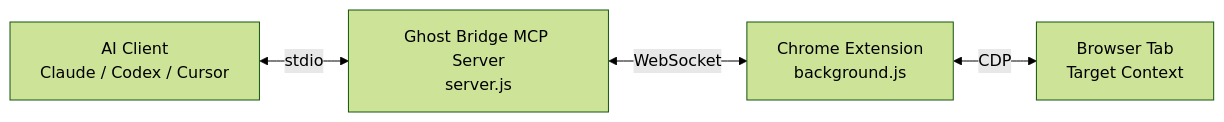
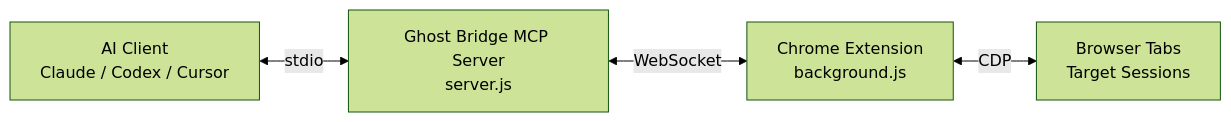
Before and after one commit to learnStop163/ghost-bridge: the diagram in README.md, drawn with Mermaid (forest theme). The commit also changed other lines of this file and 10 other files, not shown here.

````diff
--- a/README.md
+++ b/README.md
@@ -127,11 +147,11 @@
 ```mermaid
 flowchart LR
     A["AI Client<br/>Claude / Codex / Cursor"]
     B["Ghost Bridge MCP Server<br/>server.js"]
     C["Chrome Extension<br/>background.js"]
-    D["Browser Tab<br/>Target Context"]
+    D["Browser Tabs<br/>Target Sessions"]
 
     A <-->|"stdio"| B
     B <-->|"WebSocket"| C
     C <-->|"CDP"| D
 ```
````
